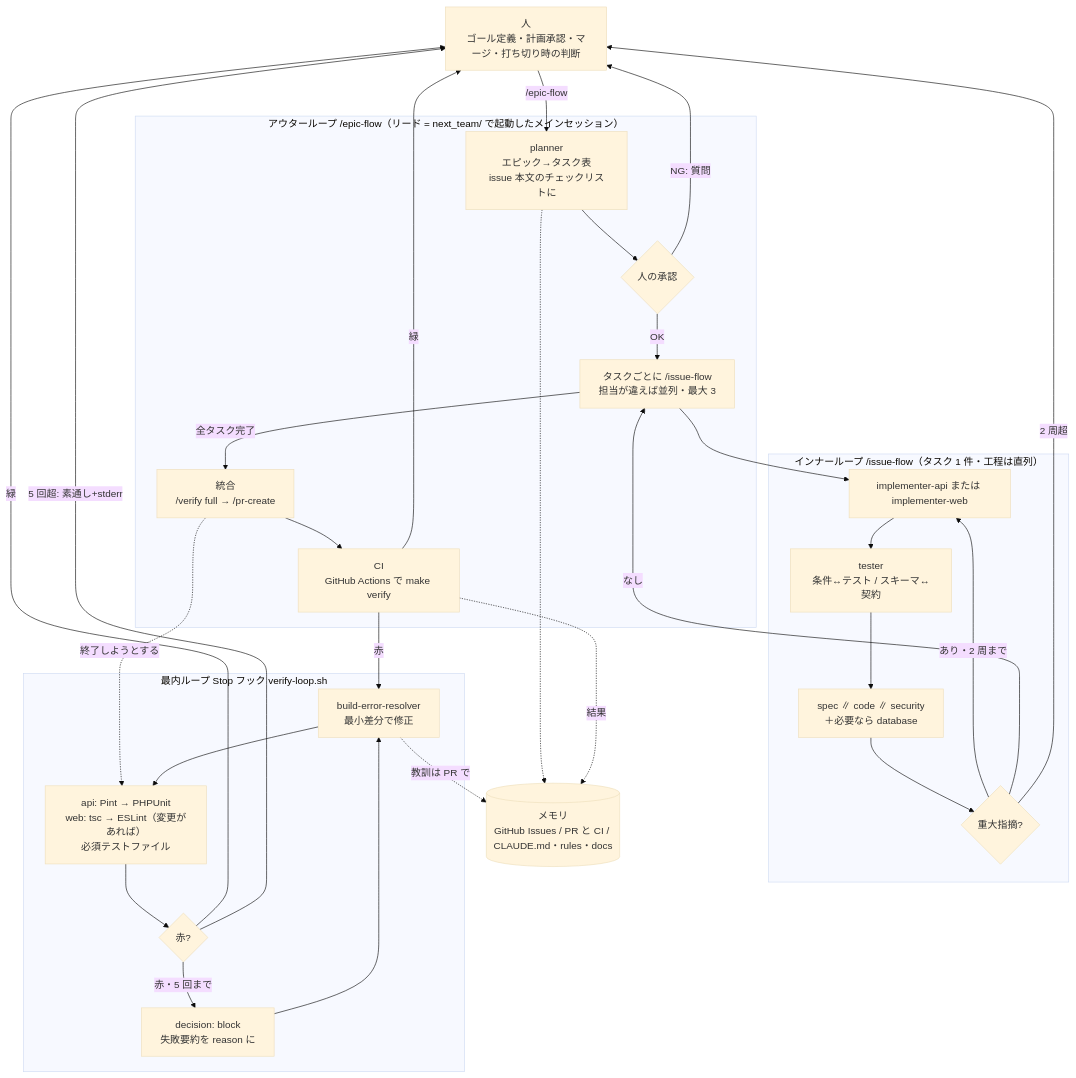
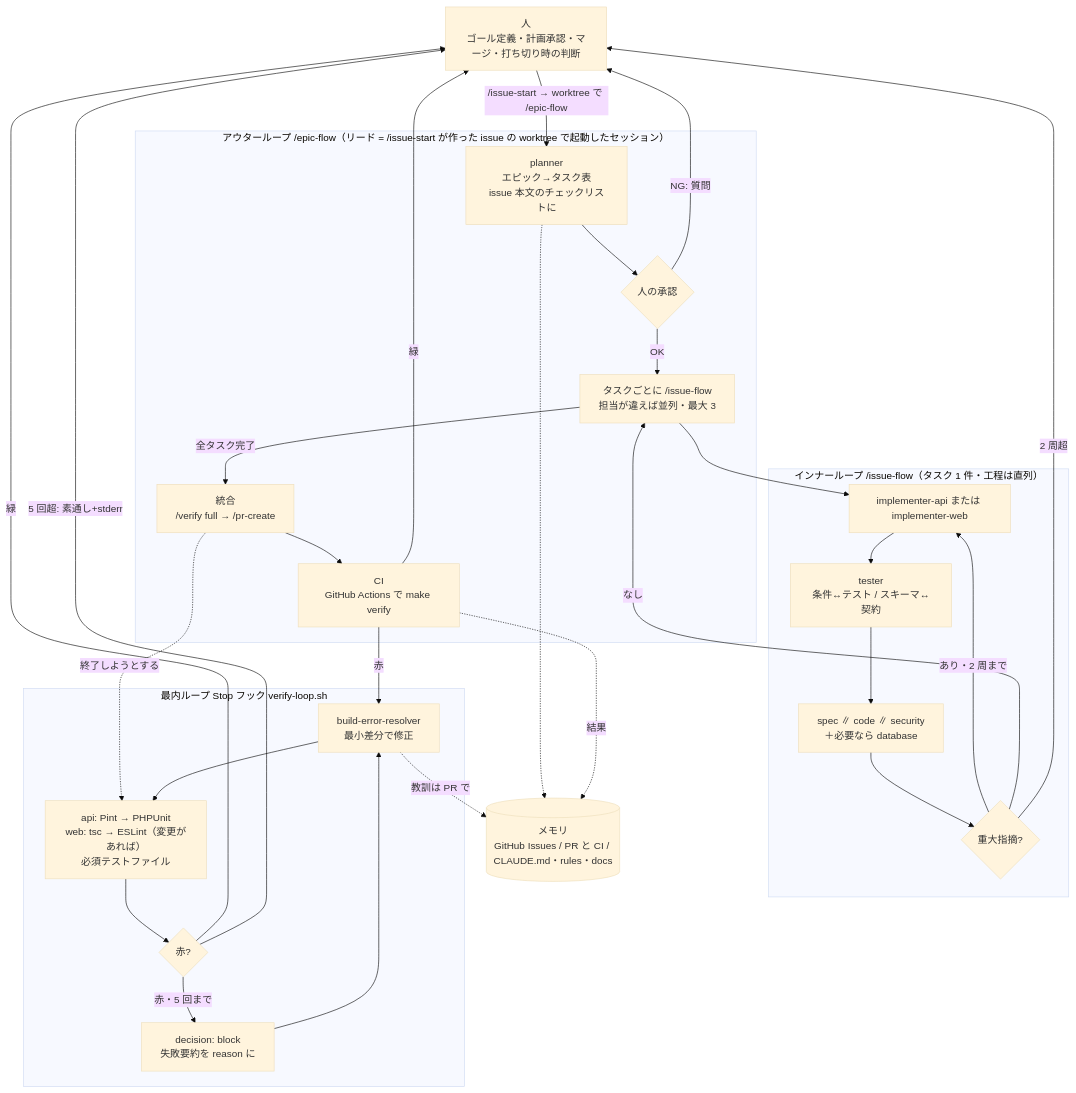
Before and after one commit to hata-junnosuke/next_team: the first of 2 diagrams in docs/04_ループエンジニアリング.md, drawn with Mermaid (base theme). The commit also changed other lines of this file and 9 other files, not shown here.

````diff
--- a/docs/04_ループエンジニアリング.md
+++ b/docs/04_ループエンジニアリング.md
@@ -58,41 +58,41 @@
 ```mermaid
 flowchart TB
     H[人<br/>ゴール定義・計画承認・マージ・打ち切り時の判断]
-    subgraph OUTER["アウターループ /epic-flow（リード = next_team/ で起動したメインセッション）"]
+    subgraph OUTER["アウターループ /epic-flow（リード = /issue-start が作った issue の worktree で起動したセッション）"]
         P[planner<br/>エピック→タスク表<br/>issue 本文のチェックリストに]
         A{人の承認}
         T[タスクごとに /issue-flow<br/>担当が違えば並列・最大 3]
         M[統合<br/>/verify full → /pr-create]
         CI[CI<br/>GitHub Actions で make verify]
     end
     subgraph INNER["インナーループ /issue-flow（タスク 1 件・工程は直列）"]
         I[implementer-api または implementer-web]
         TE[tester<br/>条件↔テスト / スキーマ↔契約]
         R[spec ∥ code ∥ security<br/>＋必要なら database]
         J{重大指摘?}
     end
     subgraph STOP["最内ループ Stop フック verify-loop.sh"]
         V[api: Pint → PHPUnit<br/>web: tsc → ESLint（変更があれば）<br/>必須テストファイル]
         B{赤?}
         C[decision: block<br/>失敗要約を reason に]
         F[build-error-resolver<br/>最小差分で修正]
     end
     MEM[(メモリ<br/>GitHub Issues / PR と CI / CLAUDE.md・rules・docs)]
 
-    H -->|/epic-flow| P --> A
+    H -->|/issue-start → worktree で /epic-flow| P --> A
     A -->|NG: 質問| H
     A -->|OK| T --> I --> TE --> R --> J
     J -->|あり・2 周まで| I
     J -->|なし| T
     J -->|2 周超| H
     T -->|全タスク完了| M --> CI
     CI -->|緑| H
     CI -->|赤| F
     M -.->|終了しようとする| V --> B
     B -->|緑| H
     B -->|赤・5 回まで| C --> F --> V
     B -->|5 回超: 素通し+stderr| H
     P -.-> MEM
     CI -.->|結果| MEM
     F -.->|教訓は PR で| MEM
 ```
````
